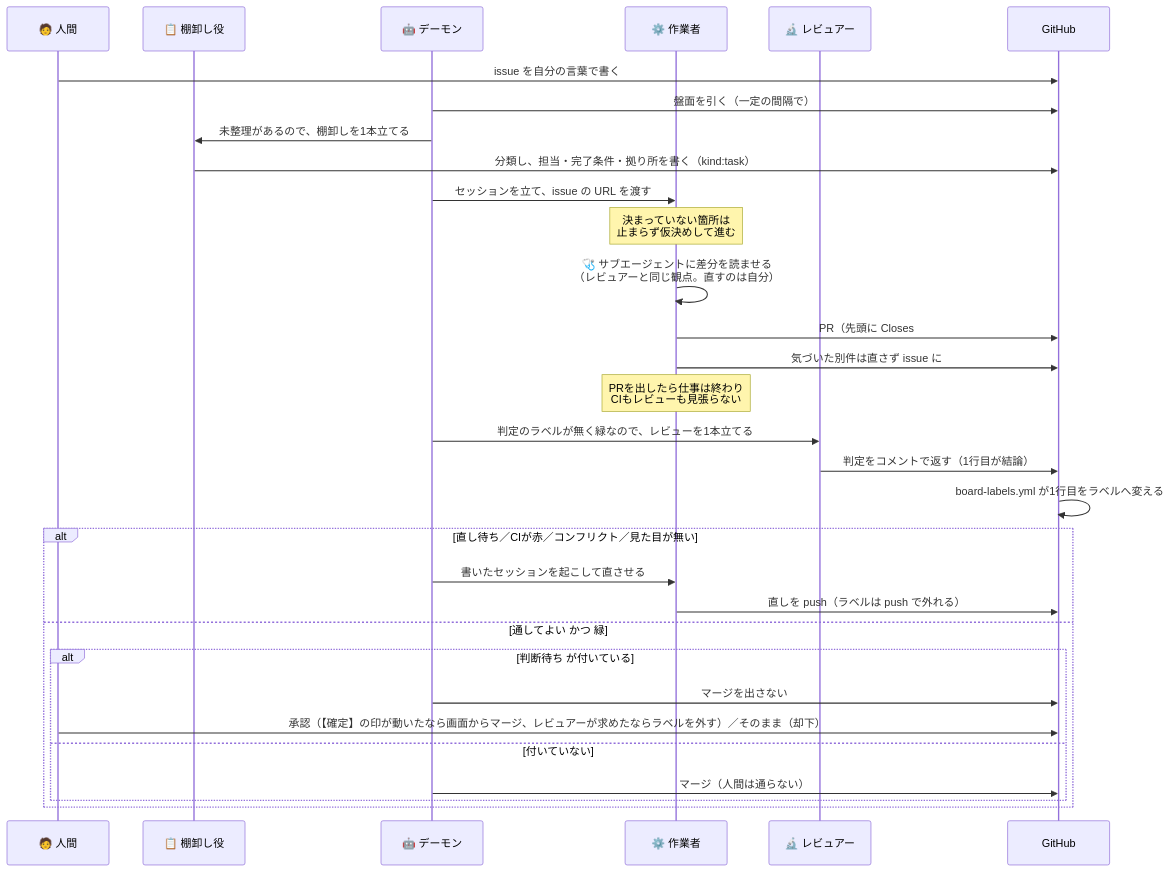
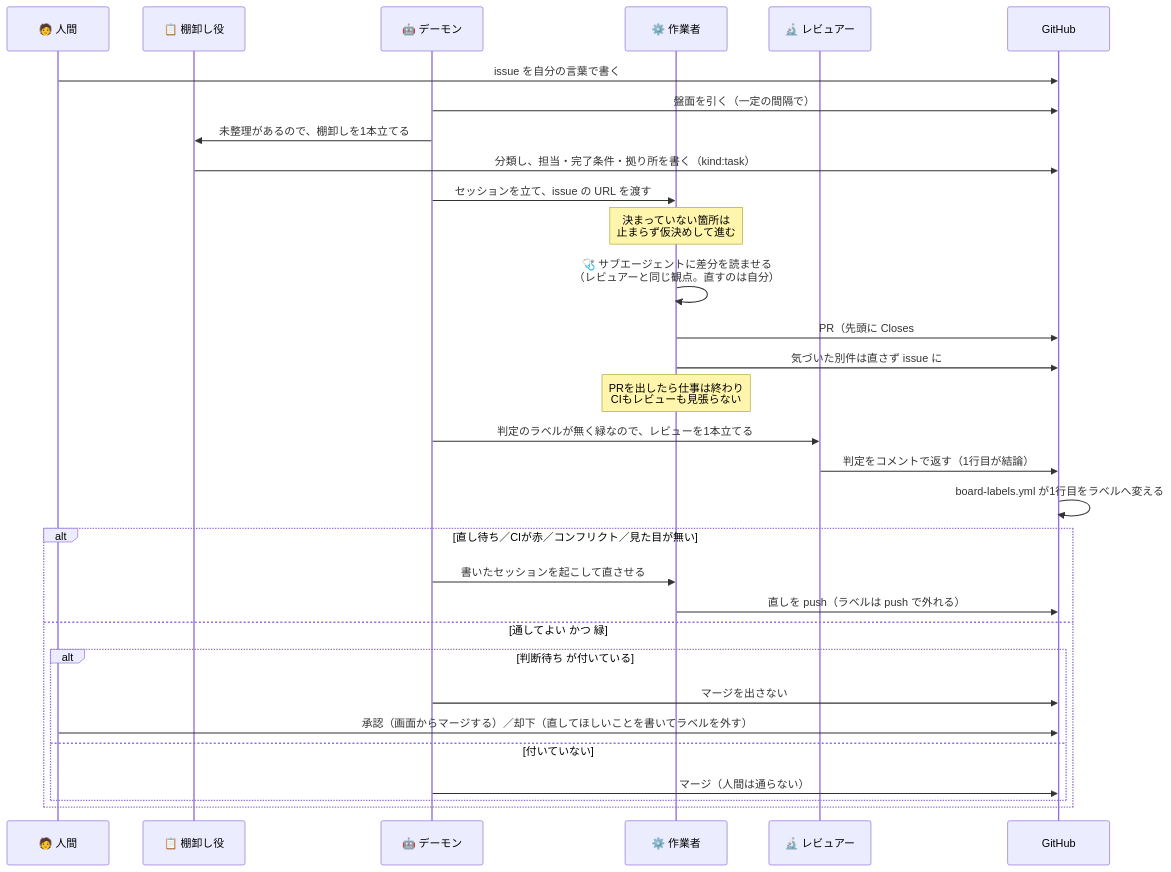
The third of 5 diagrams in docs/ParallelAgents.md (gooyyu1/UnmappedIsland), drawn with Mermaid before and after one commit. The commit also changed other lines of this file and 11 other files, not shown here.

````diff
--- a/docs/ParallelAgents.md
+++ b/docs/ParallelAgents.md
@@ -227,35 +227,35 @@
 ```mermaid
 sequenceDiagram
     participant H as 🧑 人間
     participant T as 📋 棚卸し役
     participant D as 🤖 デーモン
     participant W as ⚙️ 作業者
     participant R as 🔬 レビュアー
     participant G as GitHub
 
     H->>G: issue を自分の言葉で書く
     D->>G: 盤面を引く（一定の間隔で）
     D->>T: 未整理があるので、棚卸しを1本立てる
     T->>G: 分類し、担当・完了条件・拠り所を書く（kind:task）
     D->>W: セッションを立て、issue の URL を渡す
     Note over W: 決まっていない箇所は<br/>止まらず仮決めして進む
     W->>W: 🩺 サブエージェントに差分を読ませる<br/>（レビュアーと同じ観点。直すのは自分）
     W->>G: PR（先頭に Closes #N と ## 仮決め）
     W->>G: 気づいた別件は直さず issue に
     Note over W: PRを出したら仕事は終わり<br/>CIもレビューも見張らない
     D->>R: 判定のラベルが無く緑なので、レビューを1本立てる
     R->>G: 判定をコメントで返す（1行目が結論）
     G->>G: board-labels.yml が1行目をラベルへ変える
 
     alt 直し待ち／CIが赤／コンフリクト／見た目が無い
         D->>W: 書いたセッションを起こして直させる
         W->>G: 直しを push（ラベルは push で外れる）
     else 通してよい かつ 緑
         alt 判断待ち が付いている
             D->>G: マージを出さない
-            H->>G: 承認（【確定】の印が動いたなら画面からマージ、レビュアーが求めたならラベルを外す）／そのまま（却下）
+            H->>G: 承認（画面からマージする）／却下（直してほしいことを書いてラベルを外す）
         else 付いていない
             D->>G: マージ（人間は通らない）
         end
     end
 ```
````
